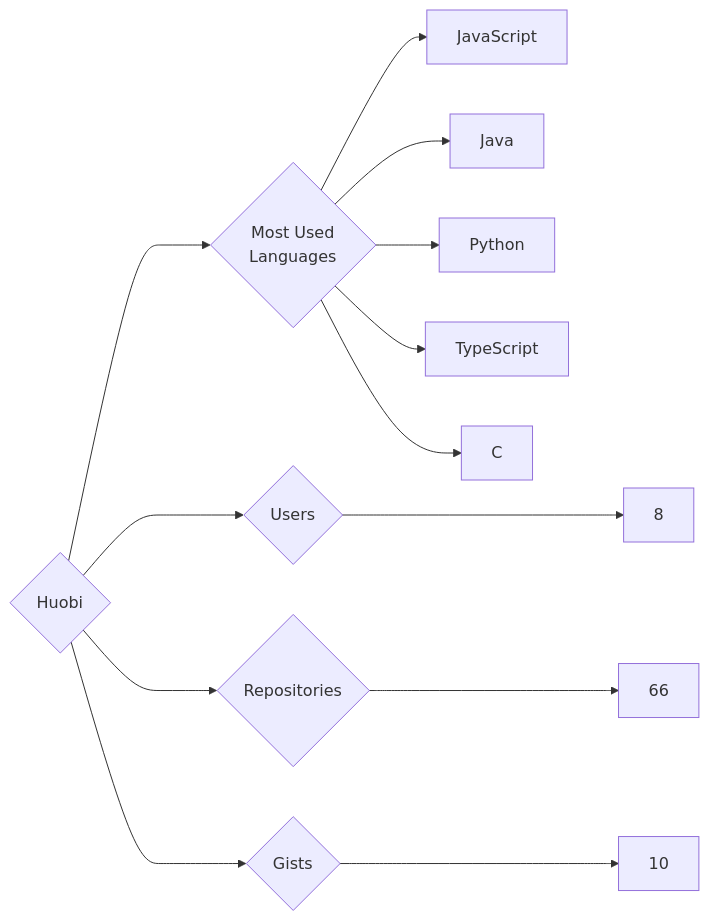
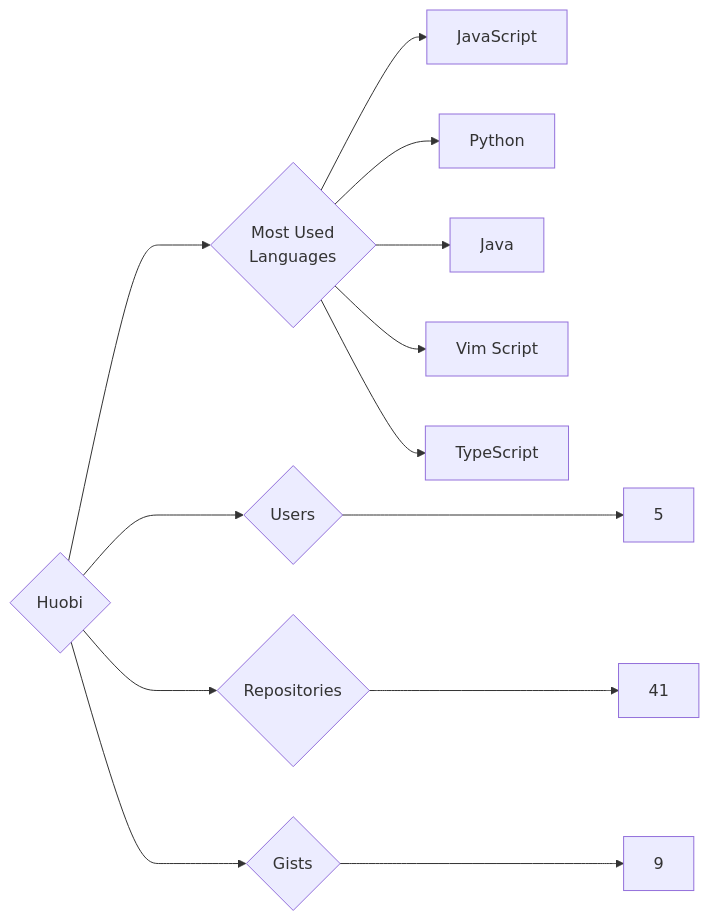
The diagram in targets/Huobi/README.md (trickest/insiders), drawn with Mermaid before and after one commit. The commit also changed 1055 other files, not shown here.

````diff
--- a/targets/Huobi/README.md
+++ b/targets/Huobi/README.md
@@ -3,13 +3,13 @@
 ```mermaid
 graph LR
 COMPANY_NAME{Huobi}
-COMPANY_NAME ---> U{Users} ---> UN[8]
-COMPANY_NAME ---> R{Repositories} ---> RN[66]
-COMPANY_NAME ---> G{Gists} ---> GN[10]
+COMPANY_NAME ---> U{Users} ---> UN[5]
+COMPANY_NAME ---> R{Repositories} ---> RN[41]
+COMPANY_NAME ---> G{Gists} ---> GN[9]
 COMPANY_NAME ---> ML{Most Used<br>Languages}
 ML --> JavaScript[JavaScript]
+ML --> Python[Python]
 ML --> Java[Java]
-ML --> Python[Python]
+ML --> Vim_Script[Vim Script]
 ML --> TypeScript[TypeScript]
-ML --> C[C]
 ```
````
